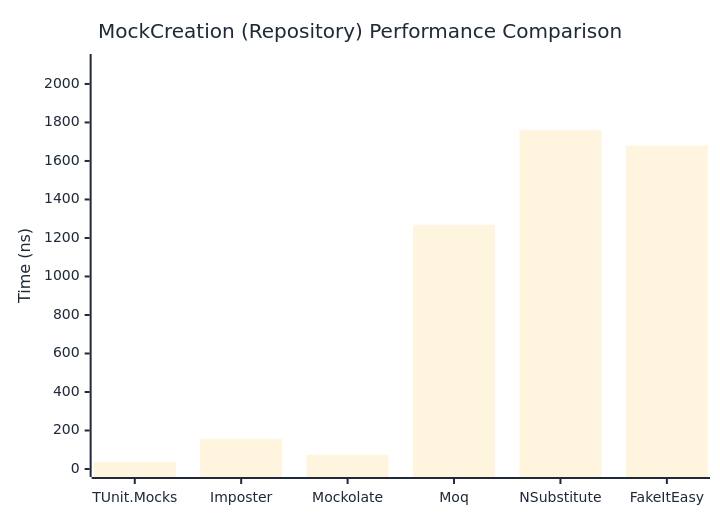
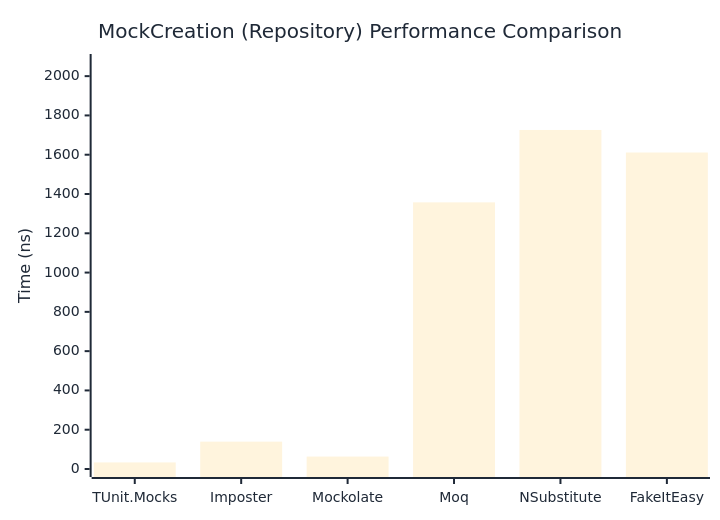
Before and after one commit to thomhurst/TUnit: the second of 2 diagrams in docs/docs/benchmarks/mocks/MockCreation.md, drawn with Mermaid. The commit also changed other lines of this file and 14 other files, not shown here.

````diff
--- a/docs/docs/benchmarks/mocks/MockCreation.md
+++ b/docs/docs/benchmarks/mocks/MockCreation.md
@@ -69,27 +69,27 @@
 ```mermaid
 %%{init: {
   'theme':'base',
   'themeVariables': {
     'primaryColor': '#2563eb',
     'primaryTextColor': '#1f2937',
     'primaryBorderColor': '#1e40af',
     'lineColor': '#6b7280',
     'secondaryColor': '#7c3aed',
     'tertiaryColor': '#dc2626',
     'background': '#ffffff',
     'pie1': '#2563eb',
     'pie2': '#7c3aed',
     'pie3': '#dc2626',
     'pie4': '#f59e0b',
     'pie5': '#10b981',
     'pie6': '#06b6d4',
     'pie7': '#ec4899',
     'pie8': '#6366f1'
   }
 }}%%
 xychart-beta
   title "MockCreation (Repository) Performance Comparison"
   x-axis ["TUnit.Mocks", "Imposter", "Mockolate", "Moq", "NSubstitute", "FakeItEasy"]
-  y-axis "Time (ns)" 0 --> 2114
-  bar [36.65, 156.6, 73.79, 1268.33, 1761.64, 1679.82]
+  y-axis "Time (ns)" 0 --> 2072
+  bar [33.44, 139.23, 63.28, 1357.45, 1725.98, 1611.2]
 ```
````
